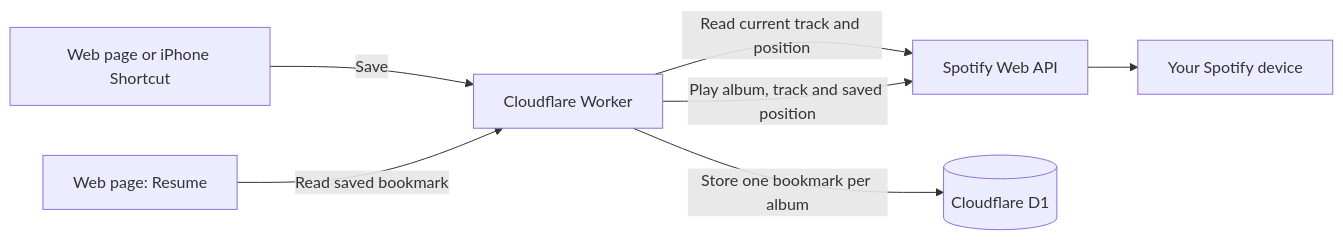
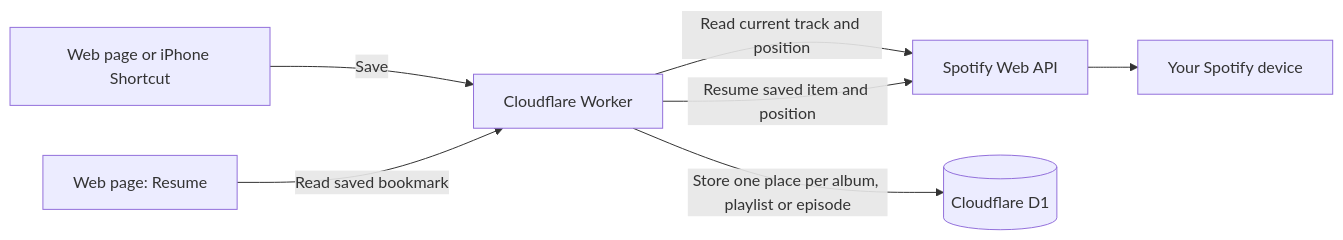
One commit to jtdelosh-ops/spotify-album-bookmarks changed the diagram in README.md. Above: the diagram before and after it, drawn with Mermaid. The commit also changed other lines of this file and 14 other files, not shown here.

Commit message:
Save separate album playlist and podcast positions while paused

````diff
--- a/README.md
+++ b/README.md
@@ -23,9 +23,9 @@
 ```mermaid
 flowchart LR
     A[Web page or iPhone Shortcut] -->|Save| B[Cloudflare Worker]
     B -->|Read current track and position| C[Spotify Web API]
-    B -->|Store one bookmark per album| D[(Cloudflare D1)]
+    B -->|Store one place per album, playlist or episode| D[(Cloudflare D1)]
     E[Web page: Resume] -->|Read saved bookmark| B
-    B -->|Play album, track and saved position| C
+    B -->|Resume saved item and position| C
     C --> F[Your Spotify device]
 ```
````
